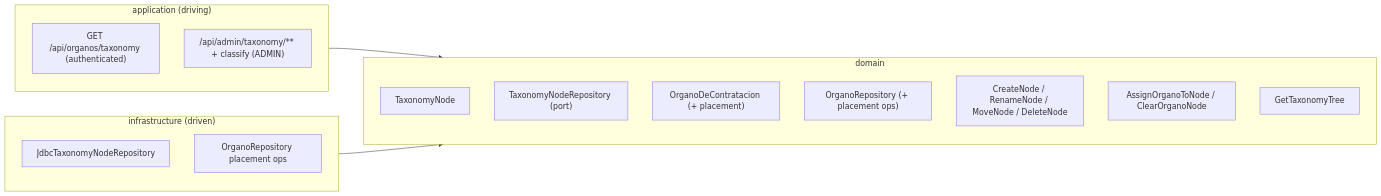
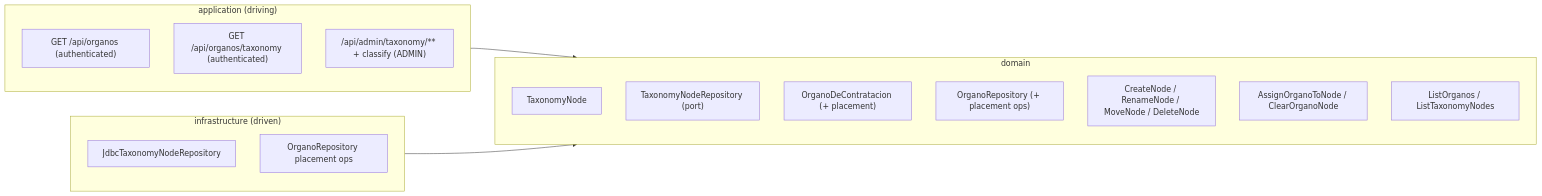
One commit to earelin/conxugal changed the diagram in docs/features/FEAT-0007-organos-taxonomy-classification/README.md. Above: the diagram before and after it, drawn with Mermaid. The commit also changed other lines of this file and 7 other files, not shown here.

````diff
--- a/docs/features/FEAT-0007-organos-taxonomy-classification/README.md
+++ b/docs/features/FEAT-0007-organos-taxonomy-classification/README.md
@@ -80,22 +93,23 @@
 ```mermaid
 flowchart LR
     subgraph application["application (driving)"]
-        treeApi["GET /api/organos/taxonomy (authenticated)"]
+        organosApi["GET /api/organos (authenticated)"]
+        taxonomyApi["GET /api/organos/taxonomy (authenticated)"]
         manageApi["/api/admin/taxonomy/** + classify (ADMIN)"]
     end
     subgraph domain["domain"]
         node["TaxonomyNode"]
         nodeRepo["TaxonomyNodeRepository (port)"]
         organo["OrganoDeContratacion (+ placement)"]
         organoRepo["OrganoRepository (+ placement ops)"]
         manageUC["CreateNode / RenameNode / MoveNode / DeleteNode"]
         classifyUC["AssignOrganoToNode / ClearOrganoNode"]
-        treeUC["GetTaxonomyTree"]
+        readUC["ListOrganos / ListTaxonomyNodes"]
     end
     subgraph infrastructure["infrastructure (driven)"]
         jdbcNode["JdbcTaxonomyNodeRepository"]
         jdbcOrgano["OrganoRepository placement ops"]
     end
     application --> domain
     infrastructure --> domain
 ```
````
